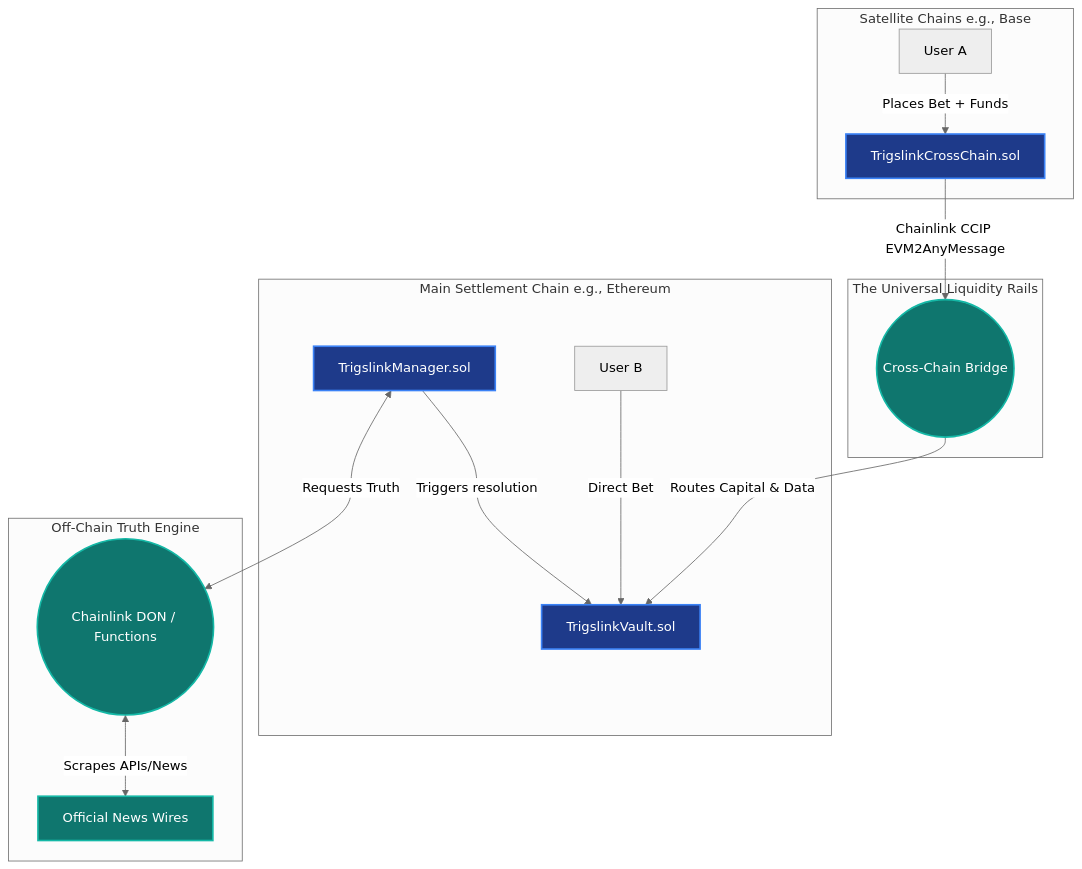
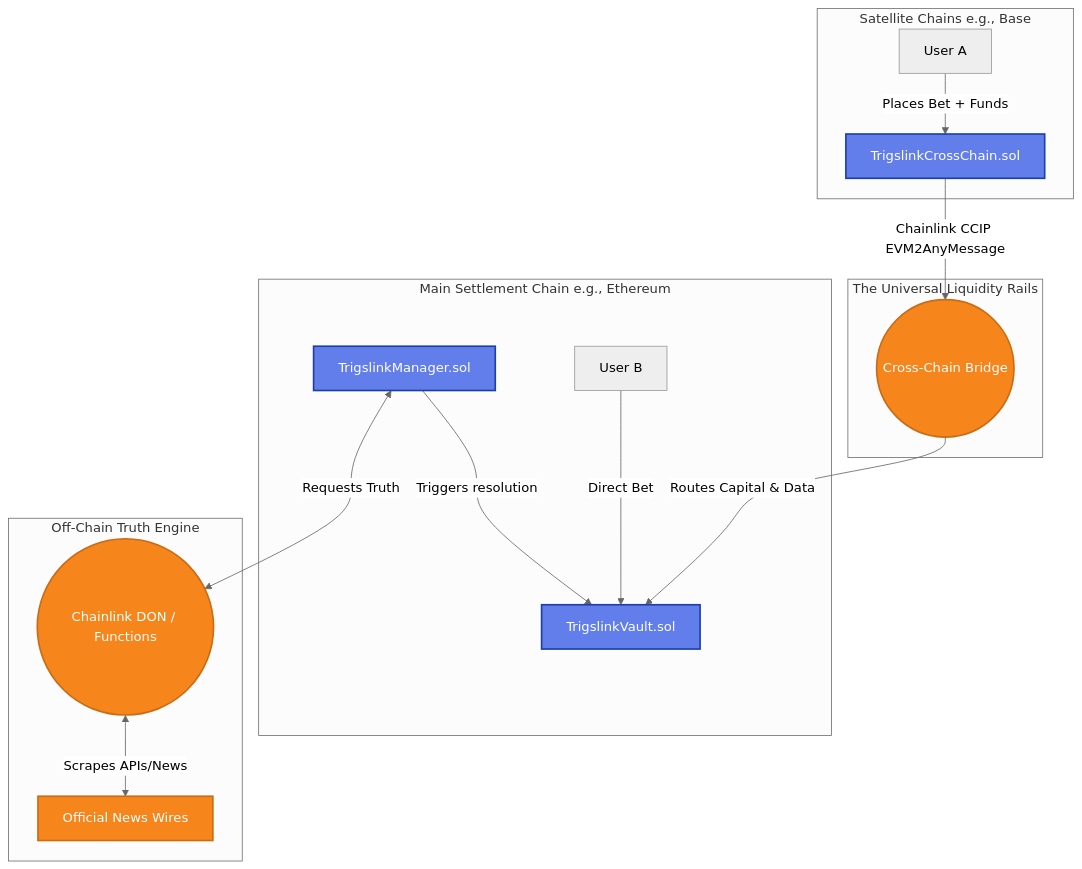
One commit to Trigs-link/trigslink changed the first of 2 diagrams in README.md. Above: the diagram before and after it, drawn with Mermaid (neutral theme). The commit also changed 5 other files, not shown here.

````diff
--- a/README.md
+++ b/README.md
@@ -19,28 +19,28 @@
 ```mermaid
 graph TD
     subgraph Satellite Chains [Satellite Chains e.g., Base]
         UserA[User A] -->|Places Bet + Funds| CC_Sender[TrigslinkCrossChain.sol]
     end
 
     subgraph The Universal Liquidity Rails
         CC_Sender -->|Chainlink CCIP EVM2AnyMessage| Bridge((Cross-Chain Bridge))
     end
 
     subgraph Main Hub [Main Settlement Chain e.g., Ethereum]
         Bridge -->|Routes Capital & Data| Vault[TrigslinkVault.sol]
         UserB[User B] -->|Direct Bet| Vault
         
         Manager[TrigslinkManager.sol] -->|Triggers resolution| Vault
     end
 
     subgraph Off-Chain Truth Engine
         Manager <-->|Requests Truth| DON((Chainlink DON / Functions))
         DON <-->|Scrapes APIs/News| APIs[Official News Wires]
     end
 
-    classDef contract fill:#1e3a8a,stroke:#3b82f6,stroke-width:2px,color:#fff;
-    classDef external fill:#0f766e,stroke:#14b8a6,stroke-width:2px,color:#fff;
+    classDef contract fill:#627eea,stroke:#1c3faa,stroke-width:2px,color:#fff;
+    classDef external fill:#f6851b,stroke:#c96c15,stroke-width:2px,color:#fff;
     
     class Vault,Manager,CC_Sender contract;
     class DON,Bridge,APIs external;
 ```
````
